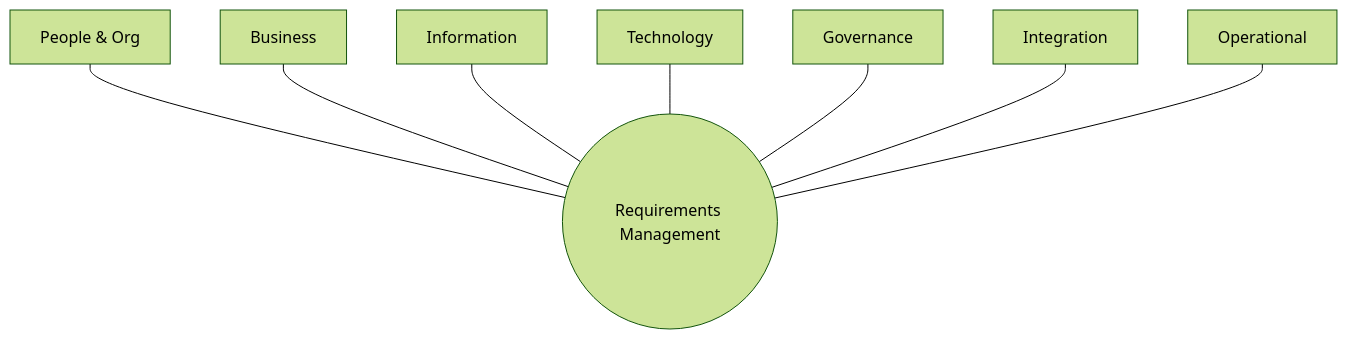
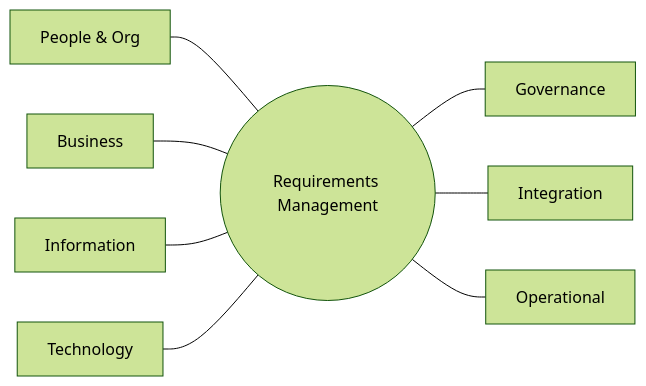
One commit to nishant-tamilselvan/enterprise-ai-framework changed the first of 2 diagrams in docs/architecture/reference-diagrams.md. Above: the diagram before and after it, drawn with Mermaid (forest theme). The commit also changed 8 other files, not shown here.

First line of the commit message:
feat: zoomable Mermaid diagrams and link-check retries (#9)

````diff
--- a/docs/architecture/reference-diagrams.md
+++ b/docs/architecture/reference-diagrams.md
@@ -19,19 +19,14 @@
 ```mermaid
-flowchart TB
+flowchart LR
     RM((Requirements Management))
     P[People &amp; Org]
     B[Business]
     I[Information]
     T[Technology]
     G[Governance]
     N[Integration]
     O[Operational]
 
-    P --- RM
-    B --- RM
-    I --- RM
-    T --- RM
-    G --- RM
-    N --- RM
-    O --- RM
+    P & B & I & T --- RM
+    RM --- G & N & O
 ```
````
